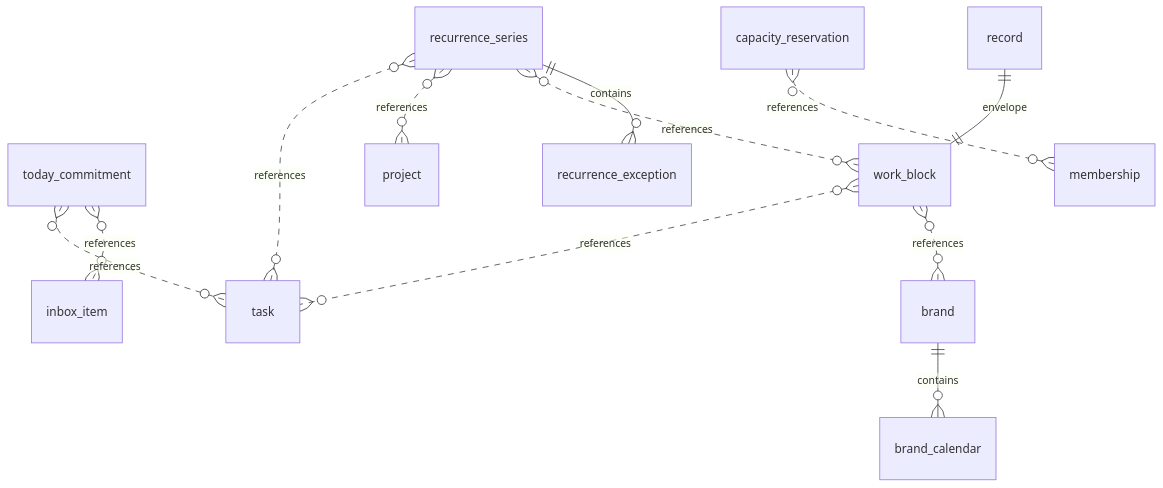
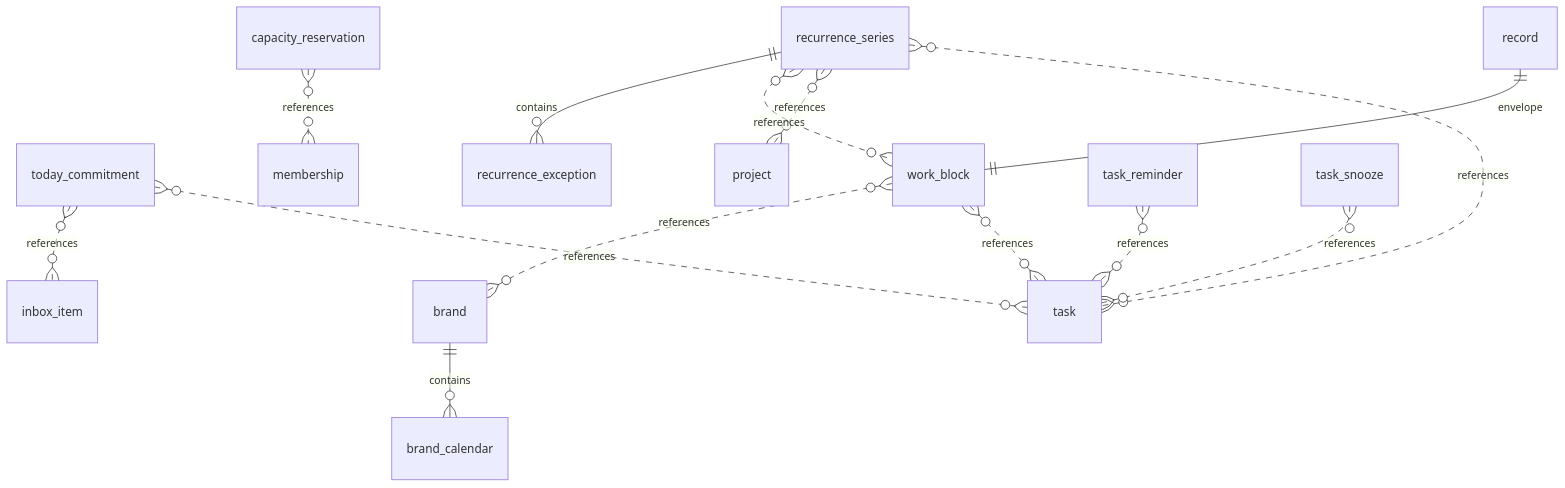
One commit to KatrielMoses/pm changed diagram 15 of 30 in docs/architecture/data/generated/er-diagrams.md. Above: the diagram before and after it, drawn with Mermaid. The commit also changed other lines of this file and 23 other files, not shown here.

````diff
--- a/docs/architecture/data/generated/er-diagrams.md
+++ b/docs/architecture/data/generated/er-diagrams.md
@@ -215,14 +216,16 @@
 ```mermaid
 erDiagram
   today_commitment }o..o{ task : "references"
   today_commitment }o..o{ inbox_item : "references"
   work_block }o..o{ task : "references"
   work_block }o..o{ brand : "references"
   record ||--|| work_block : "envelope"
   recurrence_series }o..o{ task : "references"
   recurrence_series }o..o{ project : "references"
   recurrence_series }o..o{ work_block : "references"
   recurrence_series ||--o{ recurrence_exception : "contains"
   brand ||--o{ brand_calendar : "contains"
   capacity_reservation }o..o{ membership : "references"
+  task_reminder }o..o{ task : "references"
+  task_snooze }o..o{ task : "references"
 ```
````
